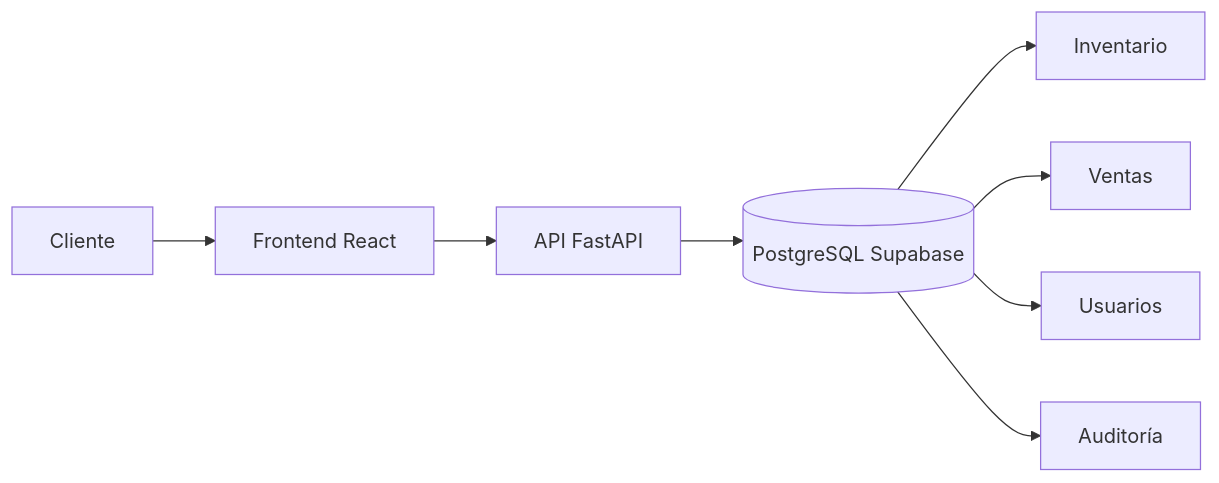
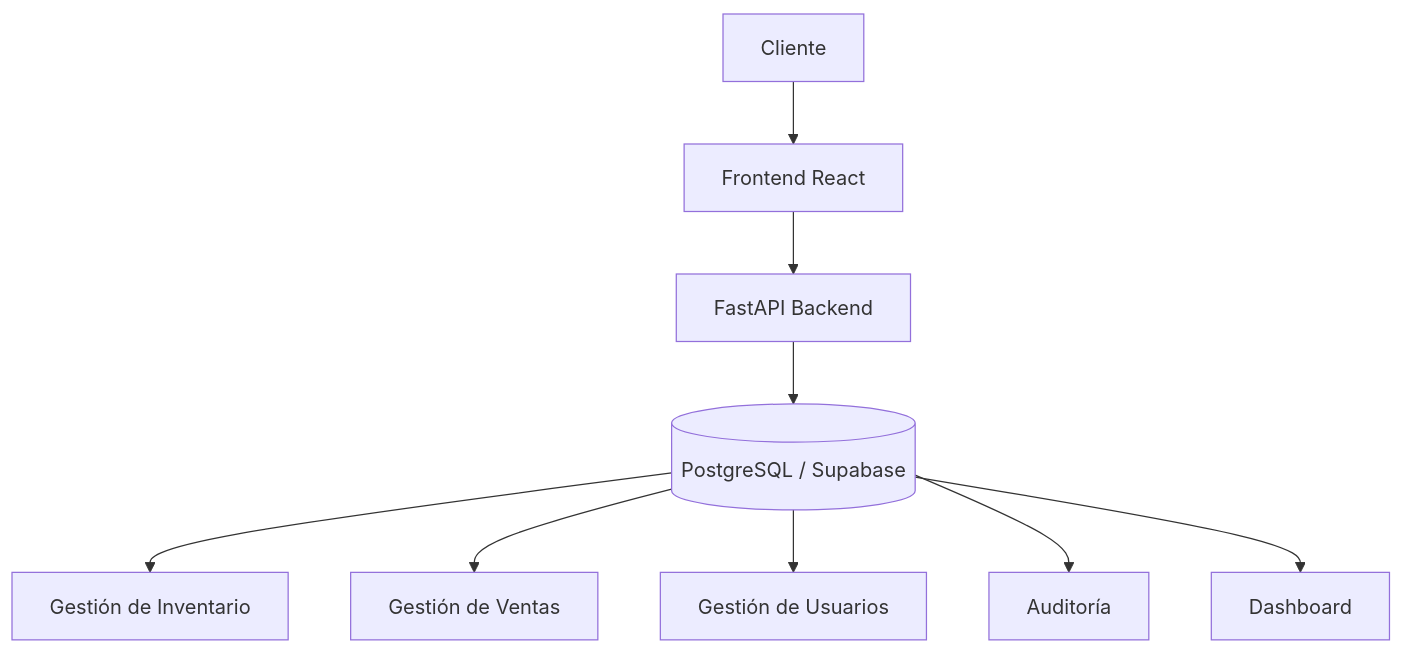
The second of 2 diagrams in README.md (RoyOnofre/TechStore-Manager-), drawn with Mermaid before and after one commit. The commit also changed other lines of this file, not shown here.

````diff
--- a/README.md
+++ b/README.md
@@ -337,12 +334,13 @@
 ```mermaid
-flowchart LR
+graph TD
 
 A[Cliente] --> B[Frontend React]
-B --> C[API FastAPI]
-C --> D[(PostgreSQL Supabase)]
+B --> C[FastAPI Backend]
+C --> D[(PostgreSQL / Supabase)]
 
-D --> E[Inventario]
-D --> F[Ventas]
-D --> G[Usuarios]
+D --> E[Gestión de Inventario]
+D --> F[Gestión de Ventas]
+D --> G[Gestión de Usuarios]
 D --> H[Auditoría]
+D --> I[Dashboard]
 ```
````
